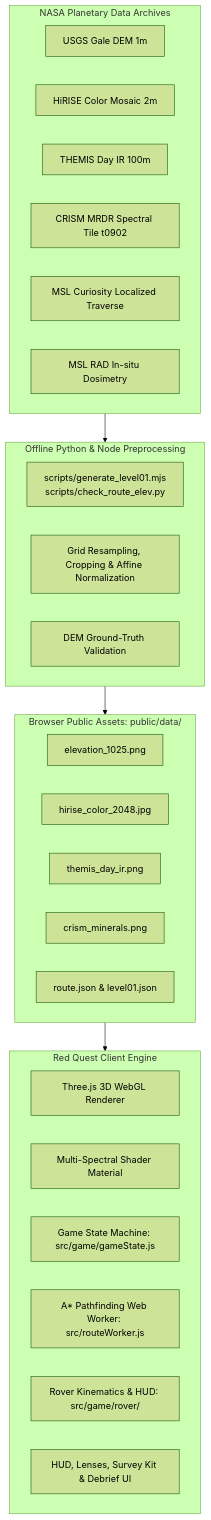
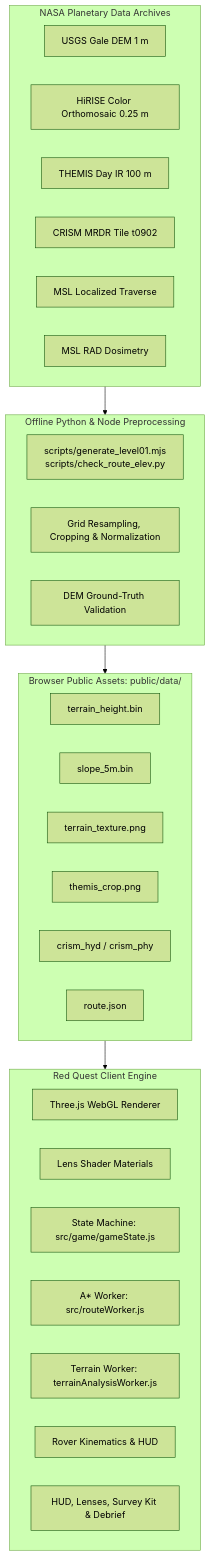
The first of 4 diagrams in README.md (Erebo/red-quest), drawn with Mermaid (forest theme) before and after one commit. The commit also changed other lines of this file, not shown here.

````diff
--- a/README.md
+++ b/README.md
@@ -276,38 +293,40 @@
 ```mermaid
 flowchart TD
     subgraph NASA_PDS["NASA Planetary Data Archives"]
-        DEM[USGS Gale DEM 1m]
-        HIRISE[HiRISE Color Mosaic 2m]
-        THEMIS[THEMIS Day IR 100m]
-        CRISM[CRISM MRDR Spectral Tile t0902]
-        TRAV[MSL Curiosity Localized Traverse]
-        RAD[MSL RAD In-situ Dosimetry]
+        DEM[USGS Gale DEM 1 m]
+        HIRISE[HiRISE Color Orthomosaic 0.25 m]
+        THEMIS[THEMIS Day IR 100 m]
+        CRISM[CRISM MRDR Tile t0902]
+        TRAV[MSL Localized Traverse]
+        RAD[MSL RAD Dosimetry]
     end
 
     subgraph OFFLINE_PIPELINE["Offline Python & Node Preprocessing"]
         PREP[scripts/generate_level01.mjs<br/>scripts/check_route_elev.py]
-        NORM[Grid Resampling, Cropping & Affine Normalization]
+        NORM[Grid Resampling, Cropping & Normalization]
         EVAL[DEM Ground-Truth Validation]
     end
 
     subgraph STATIC_ASSETS["Browser Public Assets: public/data/"]
-        ELEV_PNG[elevation_1025.png]
-        HI_JPG[hirise_color_2048.jpg]
-        THEMIS_PNG[themis_day_ir.png]
-        CRISM_PNG[crism_minerals.png]
-        ROUTE_JSON[route.json & level01.json]
+        ELEV_BIN[terrain_height.bin]
+        SLOPE_BIN[slope_5m.bin]
+        HI_PNG[terrain_texture.png]
+        THEMIS_PNG[themis_crop.png]
+        CRISM_PNG[crism_hyd / crism_phy]
+        ROUTE_JSON[route.json]
     end
 
     subgraph BROWSER_ENGINE["Red Quest Client Engine"]
-        THREE_APP[Three.js 3D WebGL Renderer]
-        SHADERS[Multi-Spectral Shader Material]
-        FSM[Game State Machine: src/game/gameState.js]
-        WORKER[A* Pathfinding Web Worker: src/routeWorker.js]
-        PHYSICS[Rover Kinematics & HUD: src/game/rover/]
-        UI[HUD, Lenses, Survey Kit & Debrief UI]
+        THREE_APP[Three.js WebGL Renderer]
+        SHADERS[Lens Shader Materials]
+        FSM[State Machine: src/game/gameState.js]
+        WORKER[A* Worker: src/routeWorker.js]
+        TERRAIN[Terrain Worker: terrainAnalysisWorker.js]
+        PHYSICS[Rover Kinematics & HUD]
+        UI[HUD, Lenses, Survey Kit & Debrief]
     end
 
     NASA_PDS --> OFFLINE_PIPELINE
     OFFLINE_PIPELINE --> STATIC_ASSETS
     STATIC_ASSETS --> BROWSER_ENGINE
 ```
````
